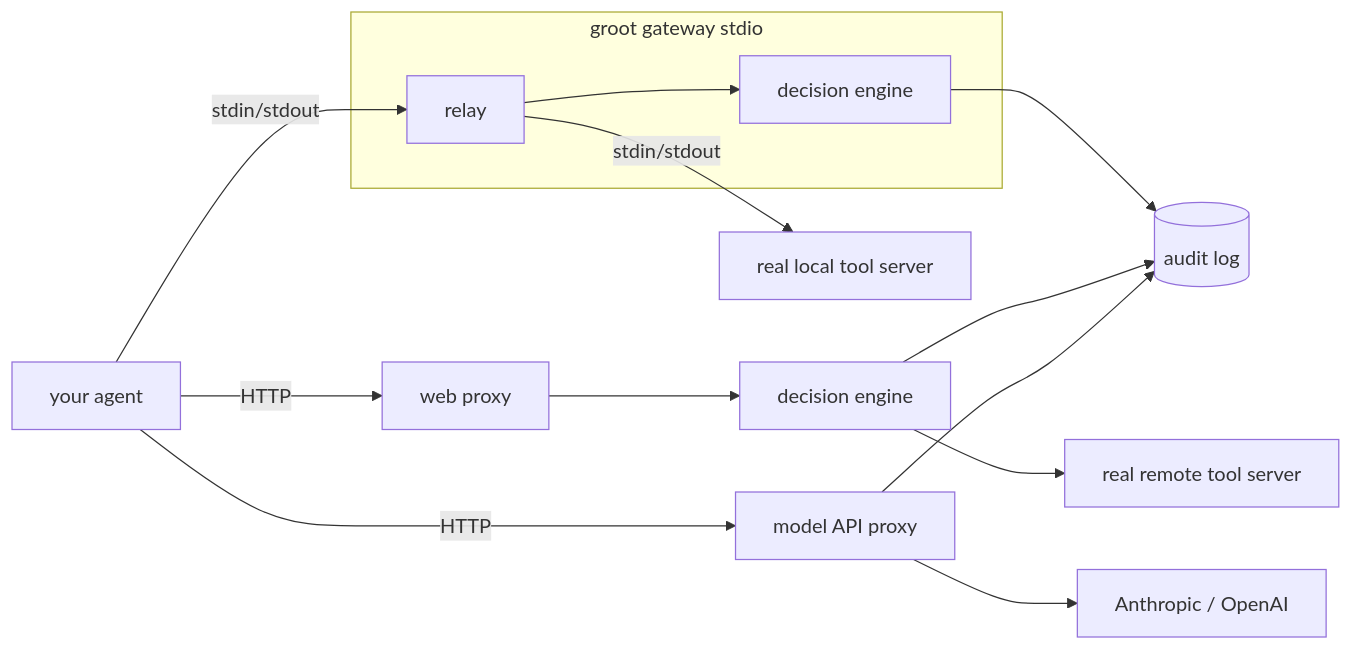
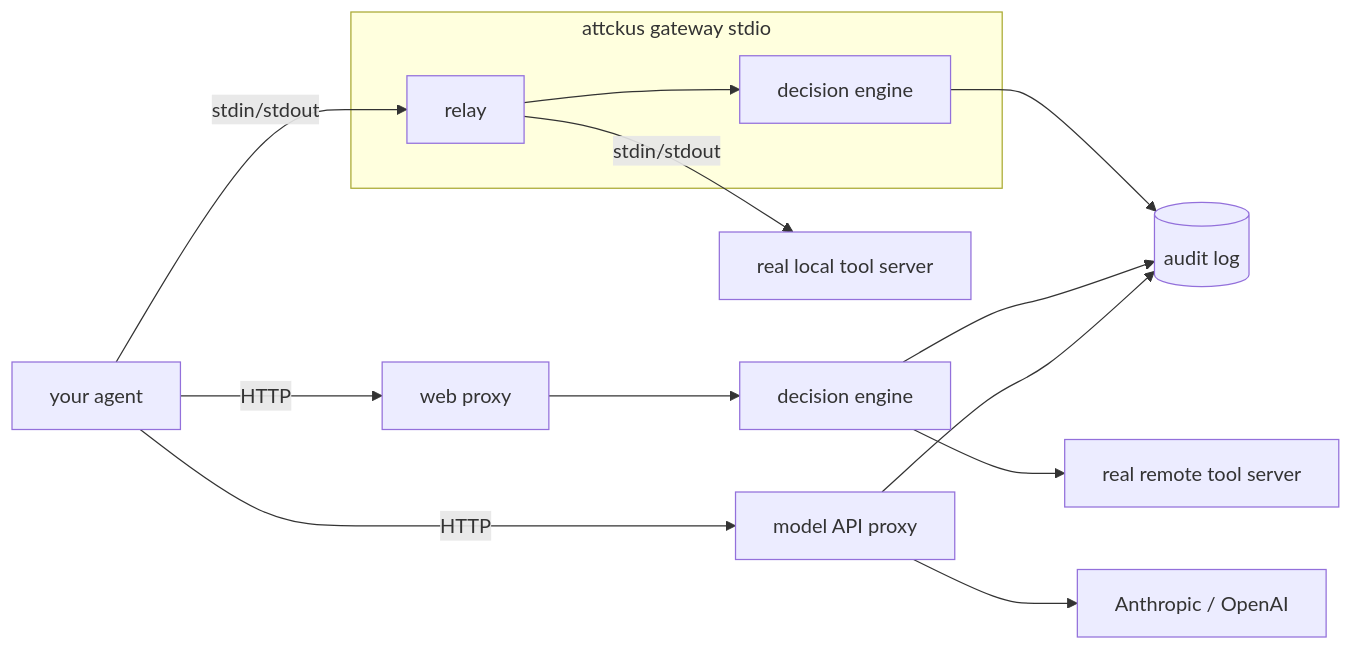
One commit to attckus/attckus changed the first of 2 diagrams in docs/design/gateway.md. Above: the diagram before and after it, drawn with Mermaid. The commit also changed other lines of this file and 74 other files, not shown here.

````diff
--- a/docs/design/gateway.md
+++ b/docs/design/gateway.md
@@ -26,13 +26,13 @@
 ```mermaid
 flowchart LR
   agent[your agent] -- stdin/stdout --> relay
-  subgraph stdio[groot gateway stdio]
+  subgraph stdio[attckus gateway stdio]
     relay[relay] --> eng[decision engine]
   end
   relay -- stdin/stdout --> server[real local tool server]
   agent -- HTTP --> http[web proxy] --> eng2[decision engine] --> remote[real remote tool server]
   agent -- HTTP --> llm[model API proxy] --> api[Anthropic / OpenAI]
   eng --> log[(audit log)]
   eng2 --> log
   llm --> log
 ```
````
